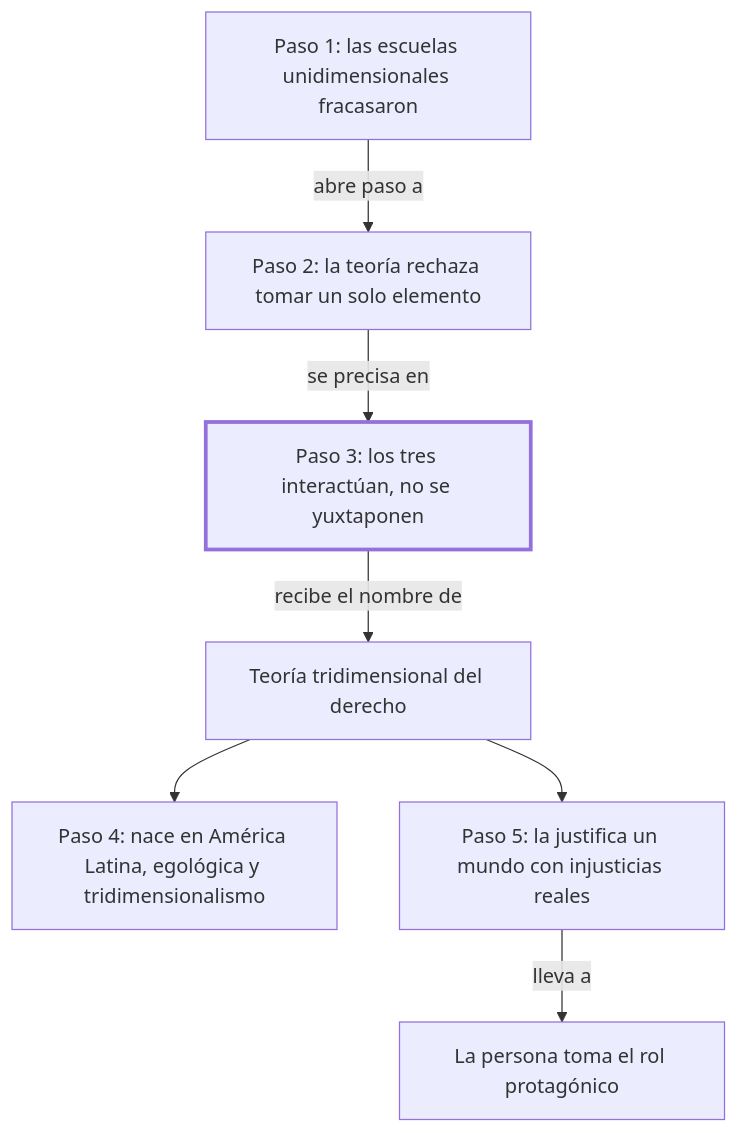
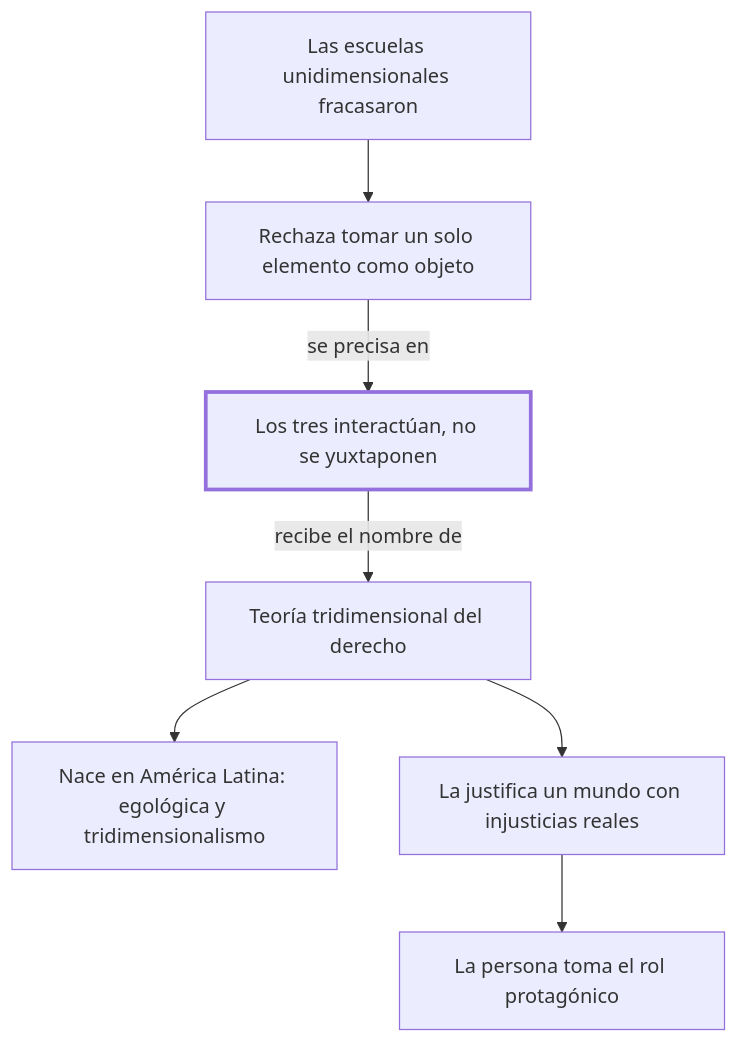
One commit to SebastianMora98/derecho changed the diagram in libros/fs-diferentes-concepciones-de-lo-juridico-1/estudio/07-59-una-nueva-teoria-sobre-el-objeto-de-e.md. Above: the diagram before and after it, drawn with Mermaid. The commit also changed other lines of this file and 17 other files, not shown here.

````diff
--- a/libros/fs-diferentes-concepciones-de-lo-juridico-1/estudio/07-59-una-nueva-teoria-sobre-el-objeto-de-e.md
+++ b/libros/fs-diferentes-concepciones-de-lo-juridico-1/estudio/07-59-una-nueva-teoria-sobre-el-objeto-de-e.md
@@ -33,17 +21,17 @@
 ```mermaid
 flowchart TD
-    P1["Paso 1: las escuelas unidimensionales fracasaron"]
-    P2["Paso 2: la teoría rechaza tomar un solo elemento"]
-    P3["Paso 3: los tres interactúan, no se yuxtaponen"]:::critico
+    F["Las escuelas unidimensionales fracasaron"]
+    R["Rechaza tomar un solo elemento como objeto"]
+    I["Los tres interactúan, no se yuxtaponen"]:::critico
     T["Teoría tridimensional del derecho"]
-    P4["Paso 4: nace en América Latina, egológica y tridimensionalismo"]
-    P5["Paso 5: la justifica un mundo con injusticias reales"]
-    C["La persona toma el rol protagónico"]
-    P1 -->|"abre paso a"| P2
-    P2 -->|"se precisa en"| P3
-    P3 -->|"recibe el nombre de"| T
-    T --> P4
-    T --> P5
-    P5 -->|"lleva a"| C
+    L["Nace en América Latina: egológica y tridimensionalismo"]
+    M["La justifica un mundo con injusticias reales"]
+    P["La persona toma el rol protagónico"]
+    F --> R
+    R -->|"se precisa en"| I
+    I -->|"recibe el nombre de"| T
+    T --> L
+    T --> M
+    M --> P
     classDef critico stroke-width:3px
 ```
````
